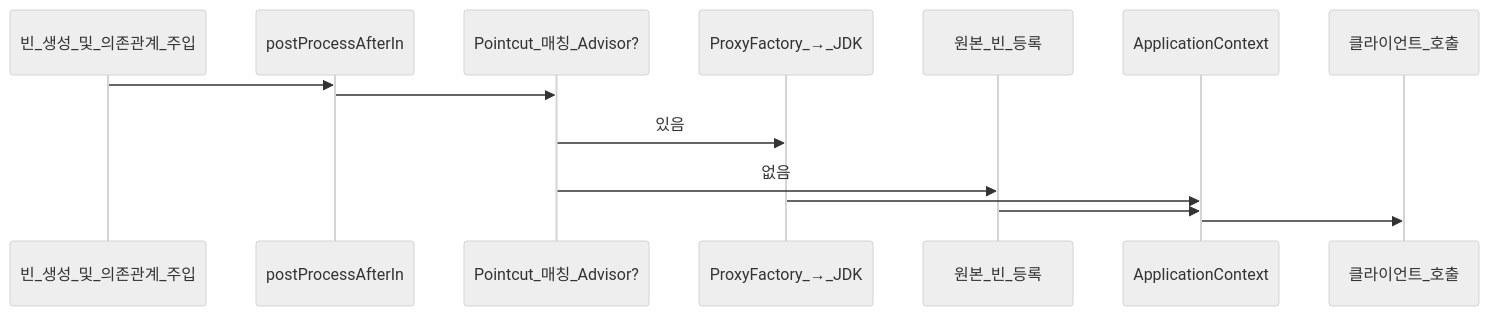
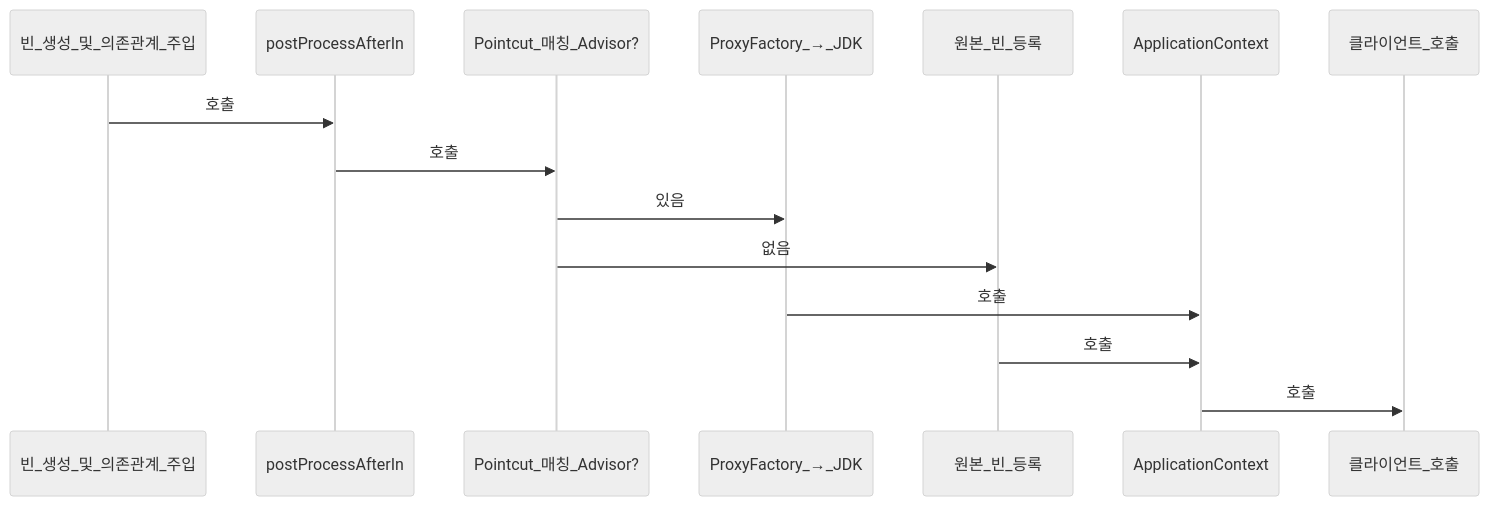
One commit to yjkim2015/yjkim2015.github.io changed diagram 11 of 11 in _posts/spring/2026-05-02-spring-core-advanced.md. Above: the diagram before and after it, drawn with Mermaid (neutral theme). The commit also changed other lines of this file and 85 other files, not shown here.

First line of the commit message:
sequenceDiagram 문법 에러 2차 수정 169개 (86파일)

````diff
--- a/_posts/spring/2026-05-02-spring-core-advanced.md
+++ b/_posts/spring/2026-05-02-spring-core-advanced.md
@@ -696,10 +696,10 @@
 ```mermaid
 sequenceDiagram
-    빈_생성_및_의존관계_주입->>postProcessAfterIn:
-    postProcessAfterIn->>Pointcut_매칭_Advisor?:
+    빈_생성_및_의존관계_주입->>postProcessAfterIn: 호출
+    postProcessAfterIn->>Pointcut_매칭_Advisor?: 호출
     Pointcut_매칭_Advisor?->>ProxyFactory_→_JDK: 있음
     Pointcut_매칭_Advisor?->>원본_빈_등록: 없음
-    ProxyFactory_→_JDK->>ApplicationContext:
-    원본_빈_등록->>ApplicationContext:
-    ApplicationContext->>클라이언트_호출:
+    ProxyFactory_→_JDK->>ApplicationContext: 호출
+    원본_빈_등록->>ApplicationContext: 호출
+    ApplicationContext->>클라이언트_호출: 호출
 ```
````
